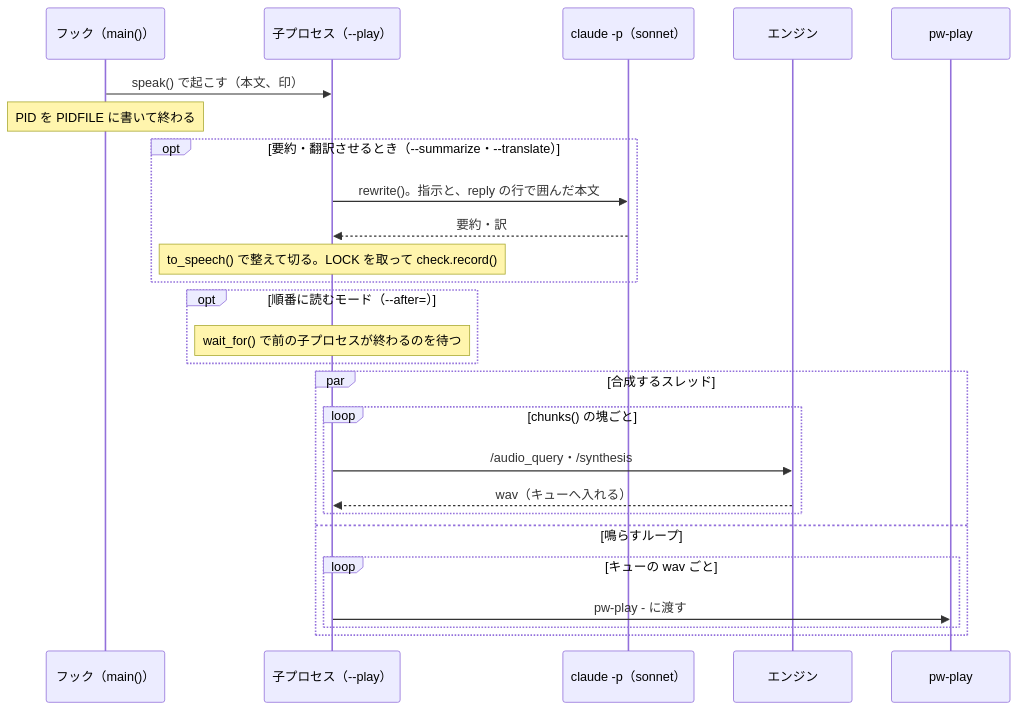
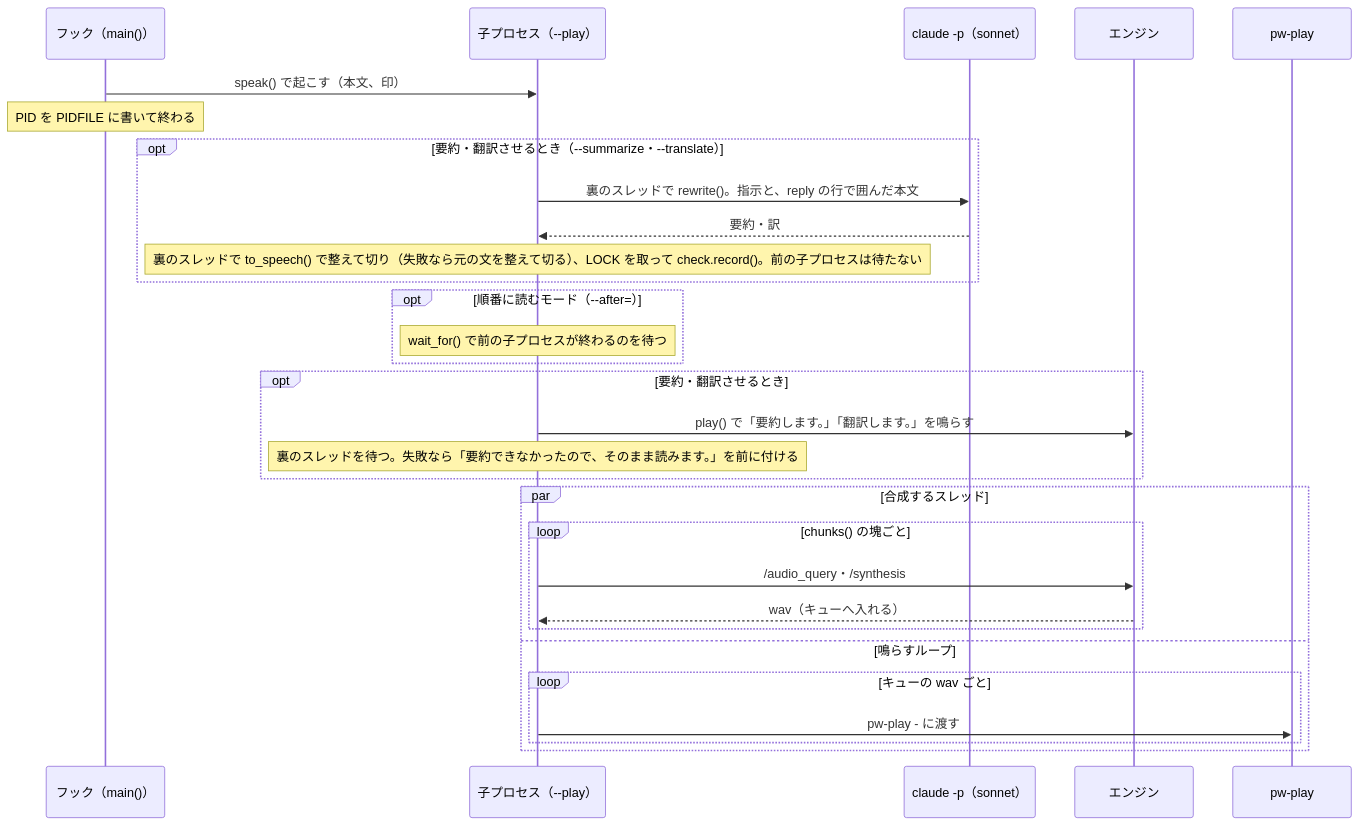
Before and after one commit to ytani01/ccspk: the second of 3 diagrams in docs/Developer.md, drawn with Mermaid. The commit also changed other lines of this file and 9 other files, not shown here.

````diff
--- a/docs/Developer.md
+++ b/docs/Developer.md
@@ -172,28 +172,32 @@
 ```mermaid
 sequenceDiagram
     participant H as フック（main()）
     participant C as 子プロセス（--play）
     participant CL as claude -p（sonnet）
     participant V as エンジン
     participant P as pw-play
     H->>C: speak() で起こす（本文、印）
     Note over H: PID を PIDFILE に書いて終わる
     opt 要約・翻訳させるとき（--summarize・--translate）
-        C->>CL: rewrite()。指示と、reply の行で囲んだ本文
+        C->>CL: 裏のスレッドで rewrite()。指示と、reply の行で囲んだ本文
         CL-->>C: 要約・訳
-        Note over C: to_speech() で整えて切る。LOCK を取って check.record()
+        Note over C: 裏のスレッドで to_speech() で整えて切り（失敗なら元の文を整えて切る）、LOCK を取って check.record()。前の子プロセスは待たない
     end
     opt 順番に読むモード（--after=）
         Note over C: wait_for() で前の子プロセスが終わるのを待つ
+    end
+    opt 要約・翻訳させるとき
+        C->>V: play() で「要約します。」「翻訳します。」を鳴らす
+        Note over C: 裏のスレッドを待つ。失敗なら「要約できなかったので、そのまま読みます。」を前に付ける
     end
     par 合成するスレッド
         loop chunks() の塊ごと
             C->>V: /audio_query・/synthesis
             V-->>C: wav（キューへ入れる）
         end
     and 鳴らすループ
         loop キューの wav ごと
             C->>P: pw-play - に渡す
         end
     end
 ```
````
